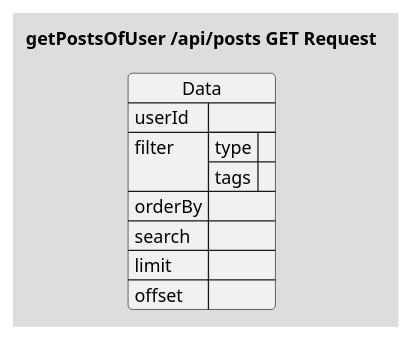
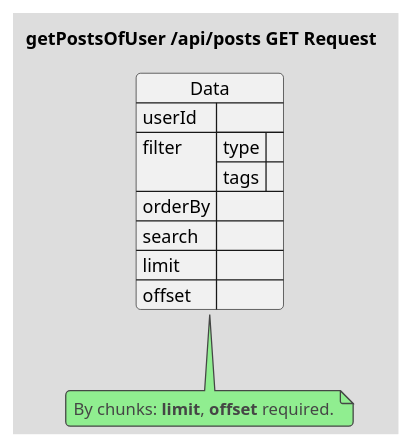
Before and after one commit to crah-app/diagrams: the first of 2 diagrams in api/src/Posts/GET/getPostsOfUser.puml, drawn with PlantUML. The commit also changed other lines of this file and 7 other files, not shown here.

```diff
--- a/api/src/Posts/GET/getPostsOfUser.puml
+++ b/api/src/Posts/GET/getPostsOfUser.puml
@@ -1,16 +1,22 @@
 @startuml getPostsOfUser-Request
 !theme toy
+skinparam linetype ortho
 title "getPostsOfUser /api/posts GET Request"
 
 json Data {
     "userId": "",
     "filter": {
         "type": "",
         "tags": []
     },
     "orderBy": "",
     "search": "",
     "limit": "",
     "offset": ""
 }
+
+note bottom of Data 
+    By chunks: **limit**, **offset** required.
+end note
+
 @enduml
```
